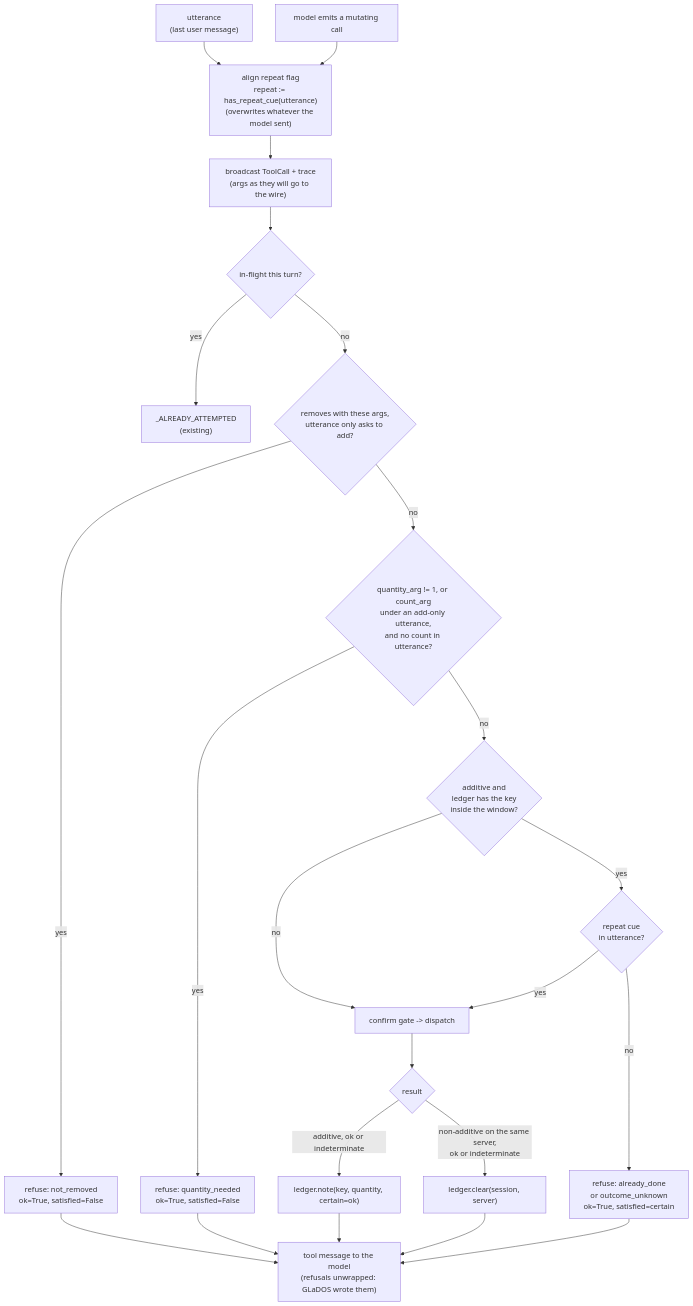
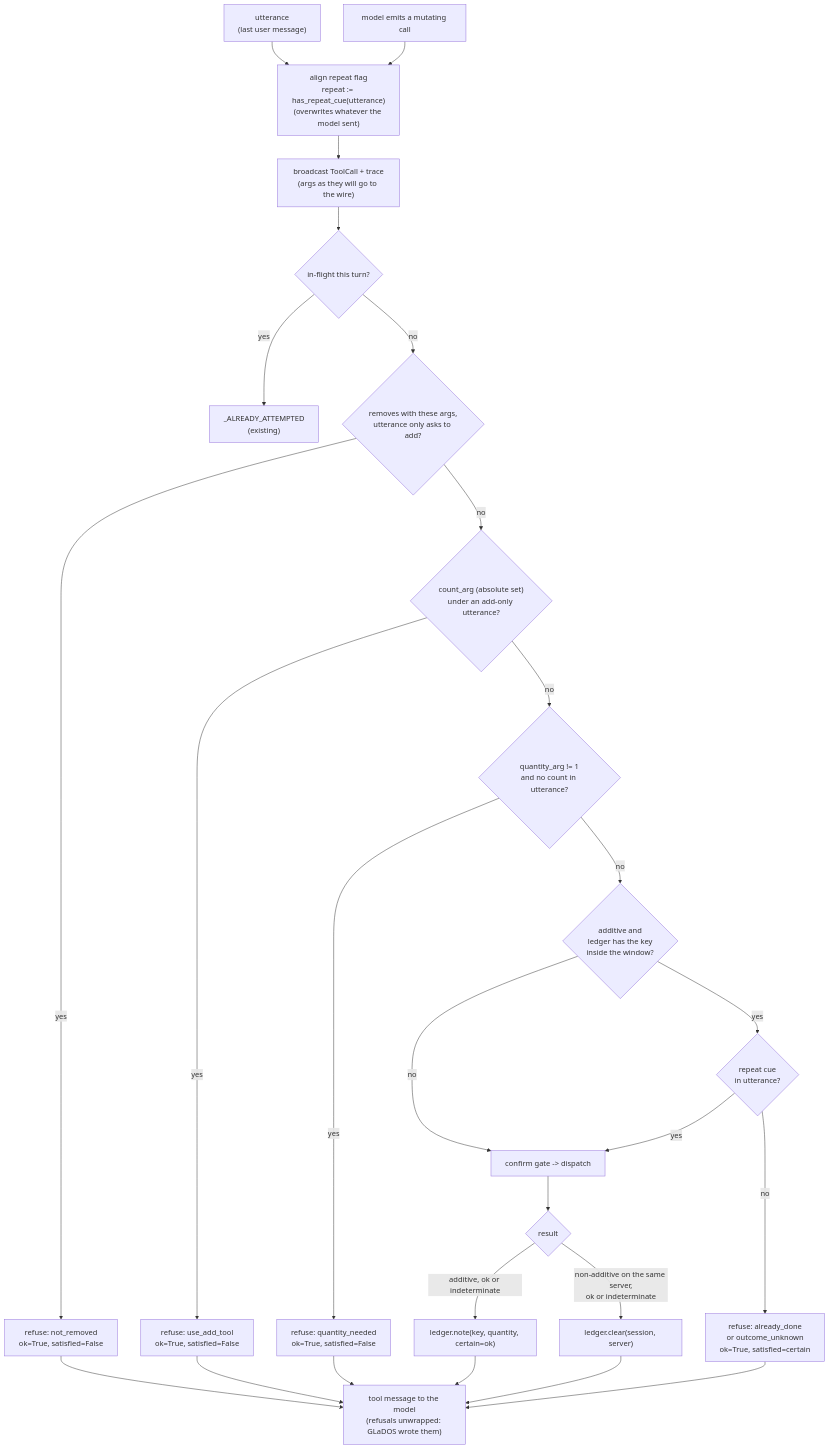
Before and after one commit to Qcko/Glados: the diagram in DESIGN-write-guards.md, drawn with Mermaid. The commit also changed other lines of this file and 4 other files, not shown here.

First line of the commit message:
feat(guards): an absolute set never answers an add

````diff
--- a/DESIGN-write-guards.md
+++ b/DESIGN-write-guards.md
@@ -26,27 +27,30 @@
 ```mermaid
 flowchart TD
     U["utterance<br/>(last user message)"] --> A
     M["model emits a mutating call"] --> A
     A["align repeat flag<br/>repeat := has_repeat_cue(utterance)<br/>(overwrites whatever the model sent)"]
     A --> B["broadcast ToolCall + trace<br/>(args as they will go to the wire)"]
     B --> IF{"in-flight this turn?"}
     IF -- yes --> R0["_ALREADY_ATTEMPTED<br/>(existing)"]
     IF -- no --> G3{"removes with these args,<br/>utterance only asks to add?"}
     G3 -- yes --> R3["refuse: not_removed<br/>ok=True, satisfied=False"]
-    G3 -- no --> G1{"quantity_arg != 1, or count_arg<br/>under an add-only utterance,<br/>and no count in utterance?"}
+    G3 -- no --> G4{"count_arg (absolute set)<br/>under an add-only utterance?"}
+    G4 -- yes --> R4["refuse: use_add_tool<br/>ok=True, satisfied=False"]
+    G4 -- no --> G1{"quantity_arg != 1<br/>and no count in utterance?"}
     G1 -- yes --> R1["refuse: quantity_needed<br/>ok=True, satisfied=False"]
     G1 -- no --> G2{"additive and<br/>ledger has the key<br/>inside the window?"}
     G2 -- no --> C["confirm gate -> dispatch"]
     G2 -- yes --> RC{"repeat cue<br/>in utterance?"}
     RC -- yes --> C
     RC -- no --> R2["refuse: already_done<br/>or outcome_unknown<br/>ok=True, satisfied=certain"]
     C --> O{"result"}
     O -- "additive, ok or indeterminate" --> L["ledger.note(key, quantity, certain=ok)"]
     O -- "non-additive on the same server,<br/>ok or indeterminate" --> X["ledger.clear(session, server)"]
     R1 --> T
     R2 --> T
     R3 --> T
+    R4 --> T
     L --> T
     X --> T
     T["tool message to the model<br/>(refusals unwrapped: GLaDOS wrote them)"]
 ```
````
